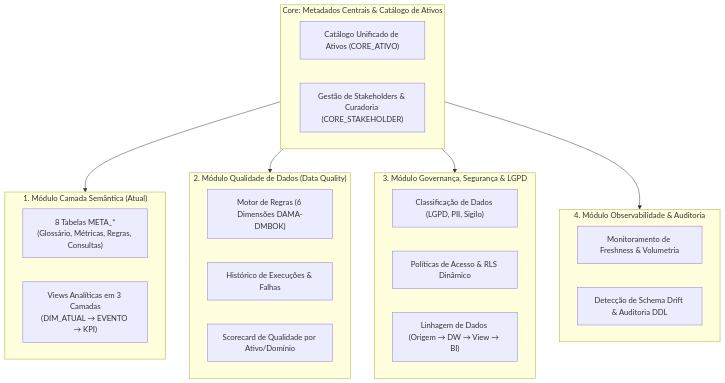
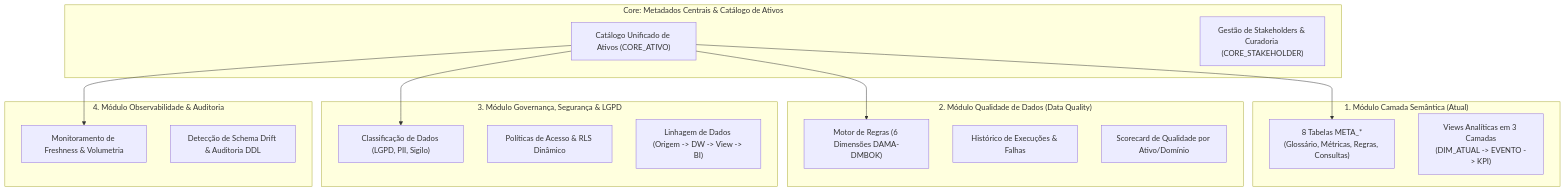
The diagram in modulos/governanca_dados/ARQUITETURA_FRAMEWORK_GOVERNANCA.md (jef-prodeb01/NINHO.03), drawn with Mermaid before and after one commit. The commit also changed 11 other files, not shown here.

Commit message:
fix(docs): converte diagramas Mermaid flowchart para graph compativel com GitLab

````diff
--- a/modulos/governanca_dados/ARQUITETURA_FRAMEWORK_GOVERNANCA.md
+++ b/modulos/governanca_dados/ARQUITETURA_FRAMEWORK_GOVERNANCA.md
@@ -13,34 +13,34 @@
 ```mermaid
-flowchart TD
-    subgraph CORE["Core: Metadados Centrais & Catálogo de Ativos"]
+graph TD
+    subgraph "Core: Metadados Centrais & Catálogo de Ativos"
         OBJ["Catálogo Unificado de Ativos (CORE_ATIVO)"]
         OWNER["Gestão de Stakeholders & Curadoria (CORE_STAKEHOLDER)"]
     end
 
-    subgraph MOD_SEM["1. Módulo Camada Semântica (Atual)"]
+    subgraph "1. Módulo Camada Semântica (Atual)"
         META["8 Tabelas META_*<br/>(Glossário, Métricas, Regras, Consultas)"]
-        VIEWS["Views Analíticas em 3 Camadas<br/>(DIM_ATUAL → EVENTO → KPI)"]
+        VIEWS["Views Analíticas em 3 Camadas<br/>(DIM_ATUAL -> EVENTO -> KPI)"]
     end
 
-    subgraph MOD_DQ["2. Módulo Qualidade de Dados (Data Quality)"]
+    subgraph "2. Módulo Qualidade de Dados (Data Quality)"
         REGRAS["Motor de Regras (6 Dimensões DAMA-DMBOK)"]
         RUNS["Histórico de Execuções & Falhas"]
         SCORE["Scorecard de Qualidade por Ativo/Domínio"]
     end
 
-    subgraph MOD_GOV["3. Módulo Governança, Segurança & LGPD"]
+    subgraph "3. Módulo Governança, Segurança & LGPD"
         CLASS["Classificação de Dados (LGPD, PII, Sigilo)"]
         RLS["Políticas de Acesso & RLS Dinâmico"]
-        LINEAGE["Linhagem de Dados (Origem → DW → View → BI)"]
+        LINEAGE["Linhagem de Dados (Origem -> DW -> View -> BI)"]
     end
 
-    subgraph MOD_OPS["4. Módulo Observabilidade & Auditoria"]
+    subgraph "4. Módulo Observabilidade & Auditoria"
         FRESH["Monitoramento de Freshness & Volumetria"]
         DRIFT["Detecção de Schema Drift & Auditoria DDL"]
     end
 
-    CORE --> MOD_SEM
-    CORE --> MOD_DQ
-    CORE --> MOD_GOV
-    CORE --> MOD_OPS
+    OBJ --> META
+    OBJ --> REGRAS
+    OBJ --> CLASS
+    OBJ --> FRESH
 ```
````
